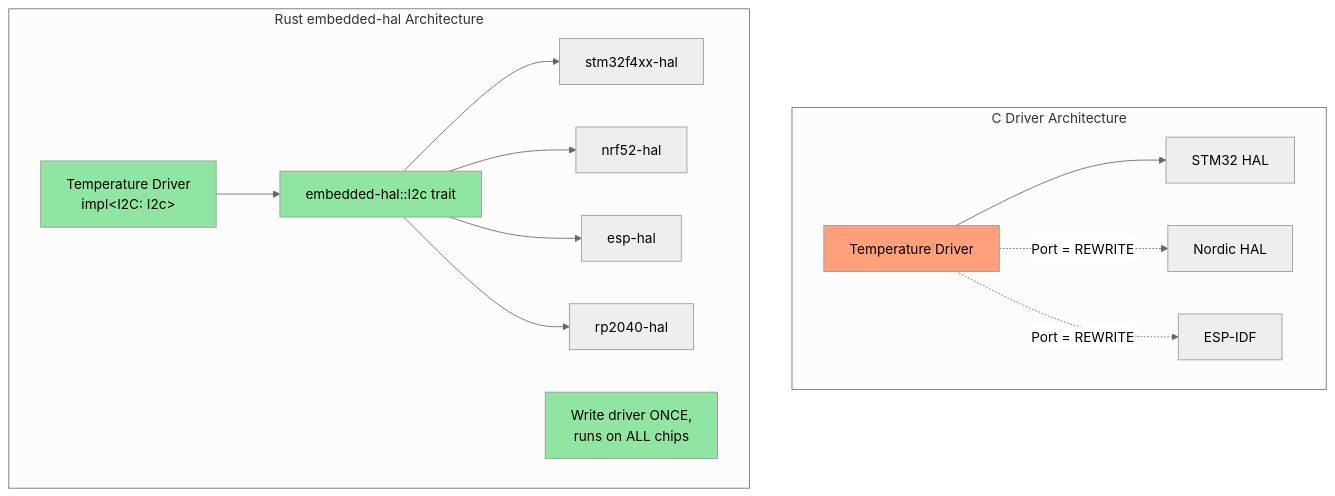
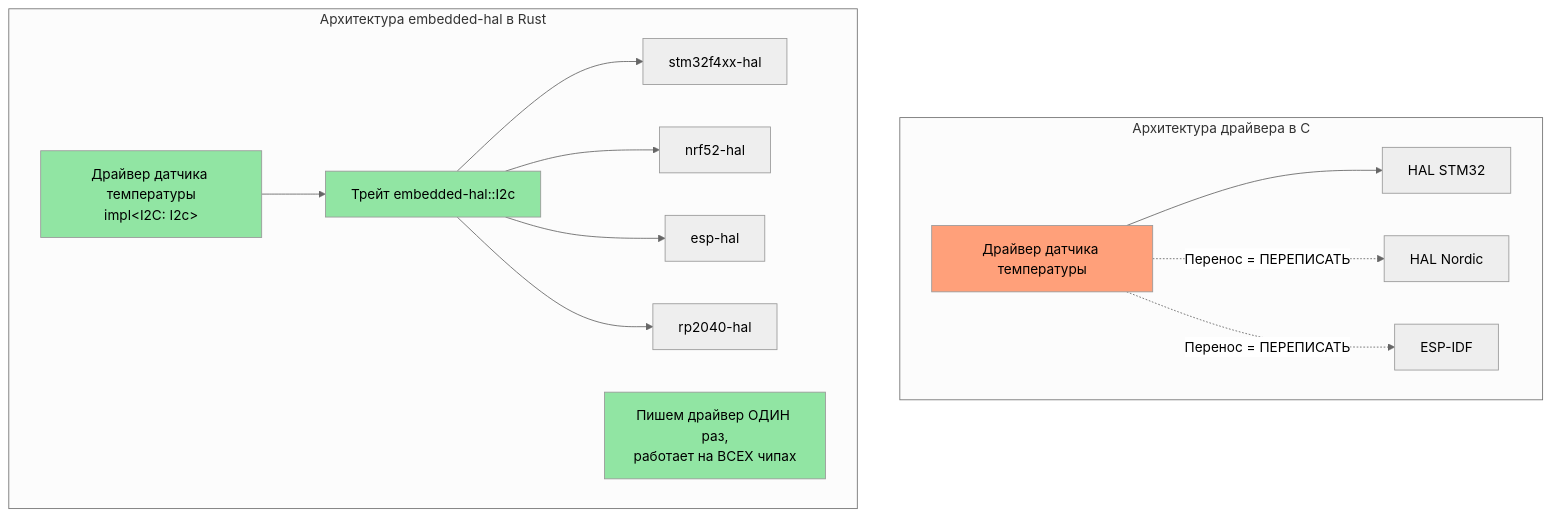
One commit to r007/RustTraining-Rus changed the first of 2 diagrams in c-cpp-book/src/ch15-1-embedded-deep-dive.md. Above: the diagram before and after it, drawn with Mermaid (neutral theme). The commit also changed other lines of this file and 11 other files, not shown here.

````diff
--- a/c-cpp-book/src/ch15-1-embedded-deep-dive.md
+++ b/c-cpp-book/src/ch15-1-embedded-deep-dive.md
@@ -292,24 +292,24 @@
 ```mermaid
 graph TD
-    subgraph "C Driver Architecture"
-        CD["Temperature Driver"]
-        CD --> STM["STM32 HAL"]
-        CD -.->|"Port = REWRITE"| NRF["Nordic HAL"]
-        CD -.->|"Port = REWRITE"| ESP["ESP-IDF"]
+    subgraph "Архитектура драйвера в C"
+        CD["Драйвер датчика температуры"]
+        CD --> STM["HAL STM32"]
+        CD -.->|"Перенос = ПЕРЕПИСАТЬ"| NRF["HAL Nordic"]
+        CD -.->|"Перенос = ПЕРЕПИСАТЬ"| ESP["ESP-IDF"]
     end
     
-    subgraph "Rust embedded-hal Architecture"
-        RD["Temperature Driver<br/>impl&lt;I2C: I2c&gt;"]
-        RD --> EHAL["embedded-hal::I2c trait"]
+    subgraph "Архитектура embedded-hal в Rust"
+        RD["Драйвер датчика температуры<br/>impl&lt;I2C: I2c&gt;"]
+        RD --> EHAL["Трейт embedded-hal::I2c"]
         EHAL --> STM2["stm32f4xx-hal"]
         EHAL --> NRF2["nrf52-hal"]
         EHAL --> ESP2["esp-hal"]
         EHAL --> RP2["rp2040-hal"]
-        NOTE["Write driver ONCE,<br/>runs on ALL chips"]
+        NOTE["Пишем драйвер ОДИН раз,<br/>работает на ВСЕХ чипах"]
     end
     
     style CD fill:#ffa07a,color:#000
     style RD fill:#91e5a3,color:#000
     style EHAL fill:#91e5a3,color:#000
     style NOTE fill:#91e5a3,color:#000
 ```
````
